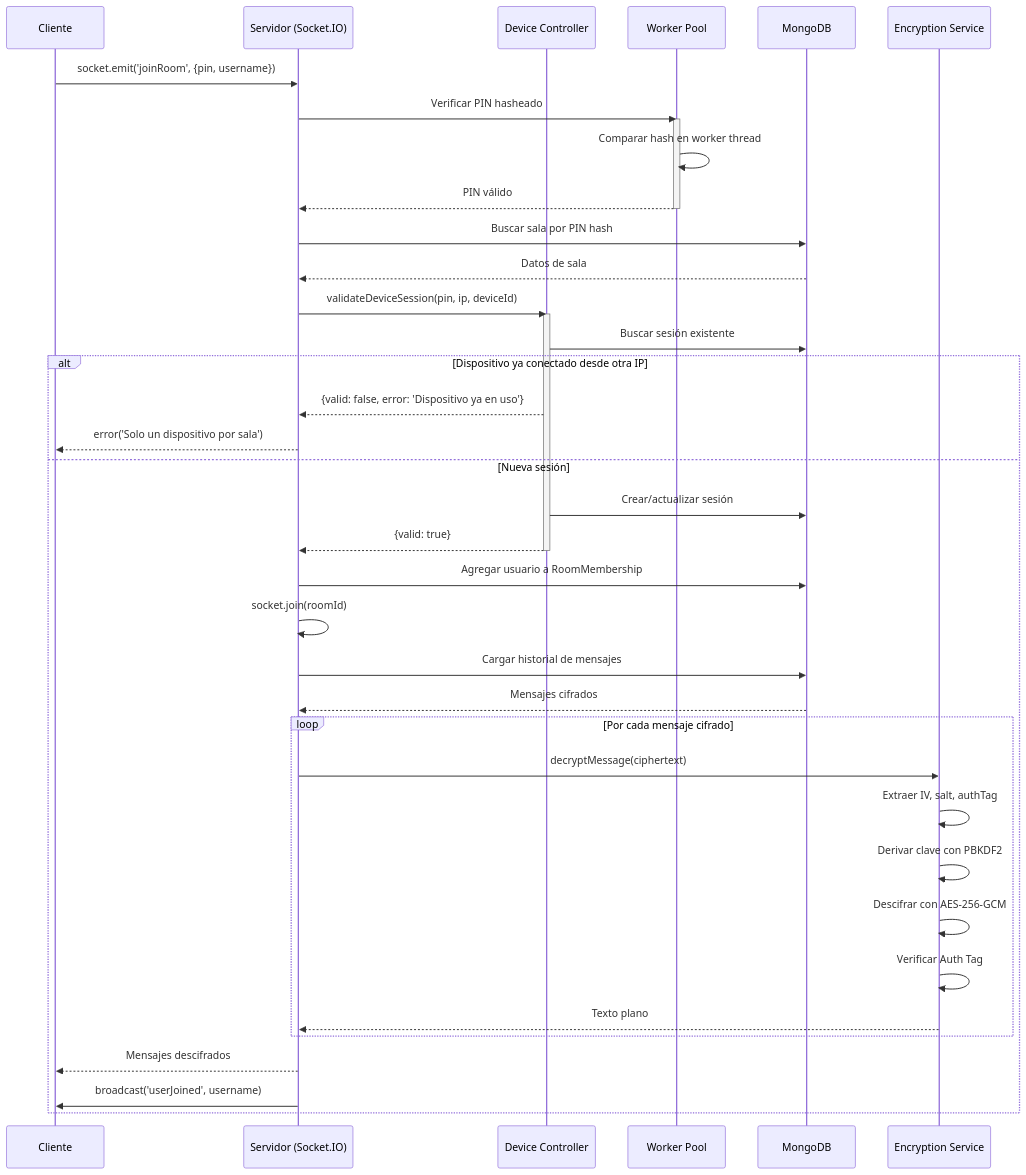
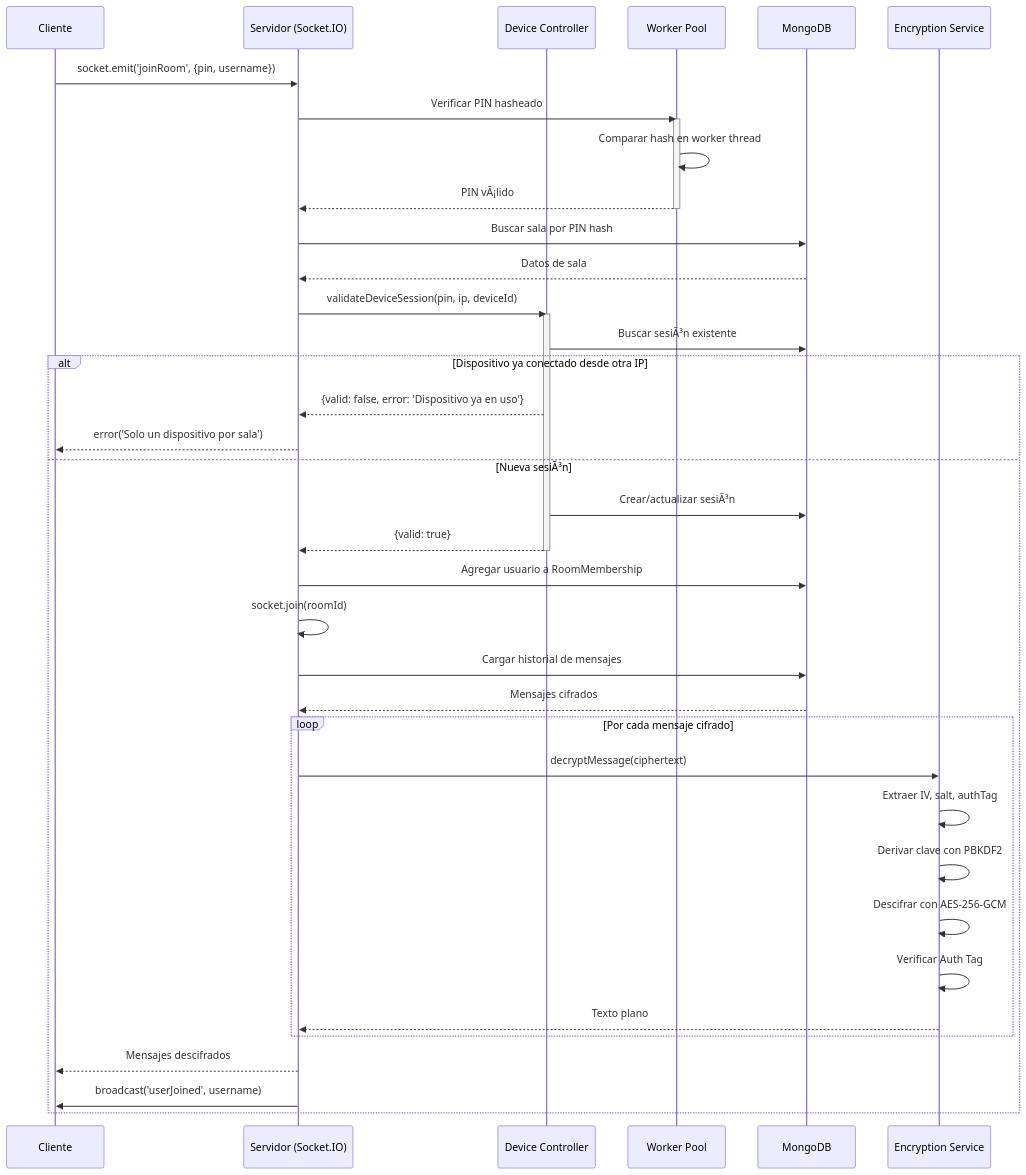
Before and after one commit to marinjosue/LiveChat: the sixth of 6 diagrams in README.md, drawn with Mermaid. The commit also changed other lines of this file, not shown here.

````diff
--- a/README.md
+++ b/README.md
@@ -370,50 +370,50 @@
 ```mermaid
 sequenceDiagram
     participant C as Cliente
     participant S as Servidor (Socket.IO)
     participant DC as Device Controller
     participant WP as Worker Pool
     participant DB as MongoDB
     participant ES as Encryption Service
 
     C->>S: socket.emit('joinRoom', {pin, username})
     
     S->>WP: Verificar PIN hasheado
     activate WP
     WP->>WP: Comparar hash en worker thread
-    WP-->>S: PIN válido
+    WP-->>S: PIN vÃ¡lido
     deactivate WP
     
     S->>DB: Buscar sala por PIN hash
     DB-->>S: Datos de sala
     
     S->>DC: validateDeviceSession(pin, ip, deviceId)
     activate DC
-    DC->>DB: Buscar sesión existente
+    DC->>DB: Buscar sesiÃ³n existente
     alt Dispositivo ya conectado desde otra IP
         DC-->>S: {valid: false, error: 'Dispositivo ya en uso'}
         S-->>C: error('Solo un dispositivo por sala')
-    else Nueva sesión
-        DC->>DB: Crear/actualizar sesión
+    else Nueva sesiÃ³n
+        DC->>DB: Crear/actualizar sesiÃ³n
         DC-->>S: {valid: true}
         deactivate DC
         
         S->>DB: Agregar usuario a RoomMembership
         S->>S: socket.join(roomId)
         
         S->>DB: Cargar historial de mensajes
         DB-->>S: Mensajes cifrados
         
         loop Por cada mensaje cifrado
             S->>ES: decryptMessage(ciphertext)
             ES->>ES: Extraer IV, salt, authTag
             ES->>ES: Derivar clave con PBKDF2
             ES->>ES: Descifrar con AES-256-GCM
             ES->>ES: Verificar Auth Tag
             ES-->>S: Texto plano
         end
         
         S-->>C: Mensajes descifrados
         S->>C: broadcast('userJoined', username)
     end
 ```
````
